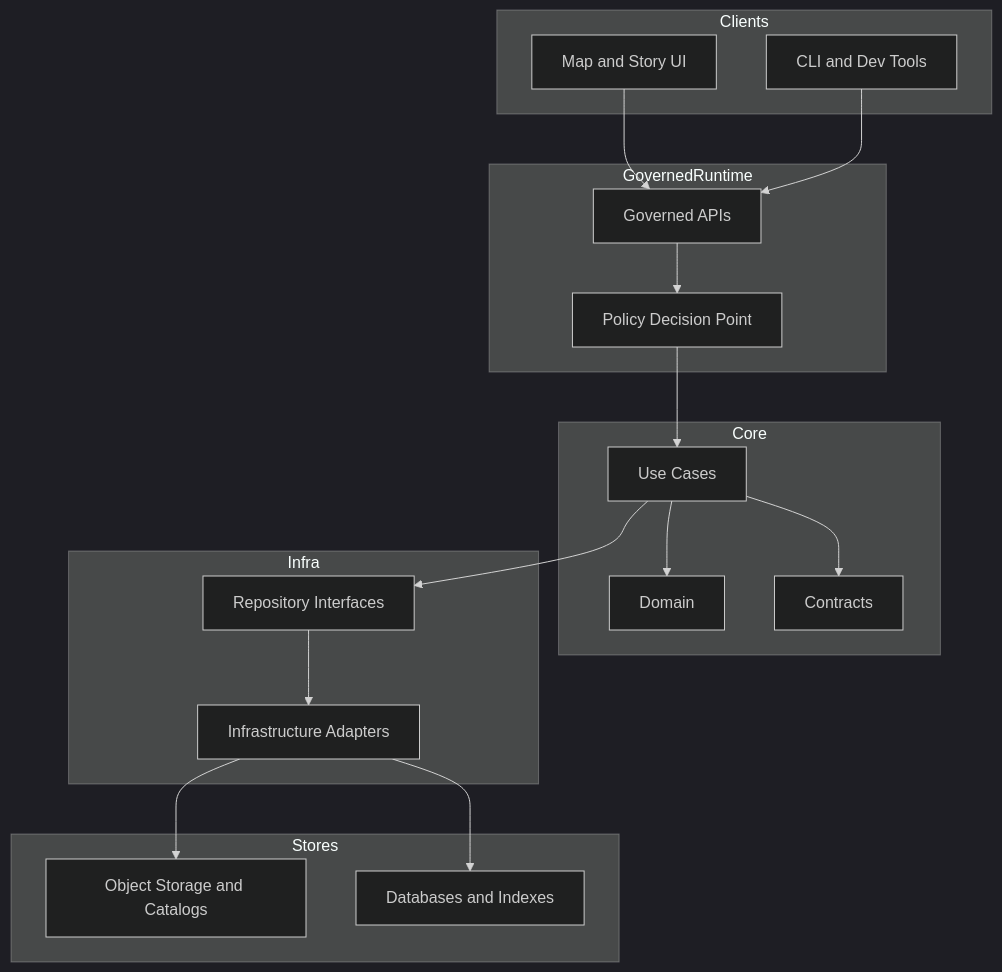
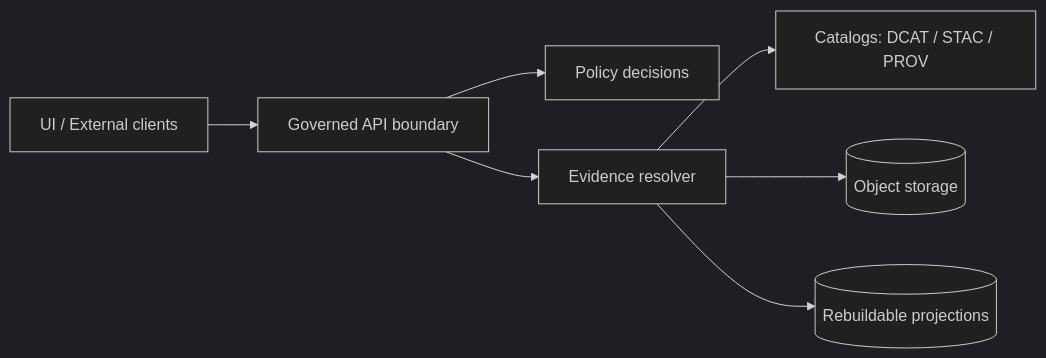
The second of 2 diagrams in packages/README.md (bartytime4life/Kansas-Frontier-Matrix), drawn with Mermaid (dark theme) before and after one commit. The commit also changed other lines of this file, not shown here.

````diff
--- a/packages/README.md
+++ b/packages/README.md
@@ -108,39 +139,9 @@
 ```mermaid
-flowchart TB
-  subgraph Clients
-    UI[Map and Story UI]
-    Tools[CLI and Dev Tools]
-  end
-
-  subgraph GovernedRuntime
-    API[Governed APIs]
-    Policy[Policy Decision Point]
-  end
-
-  subgraph Core
-    UseCases[Use Cases]
-    Domain[Domain]
-    Contracts[Contracts]
-  end
-
-  subgraph Infra
-    Repos[Repository Interfaces]
-    Adapters[Infrastructure Adapters]
-  end
-
-  subgraph Stores
-    Obj[Object Storage and Catalogs]
-    DB[Databases and Indexes]
-  end
-
-  UI --> API
-  Tools --> API
-  API --> Policy
-  Policy --> UseCases
-  UseCases --> Domain
-  UseCases --> Contracts
-  UseCases --> Repos
-  Repos --> Adapters
-  Adapters --> Obj
-  Adapters --> DB
+graph LR
+  UI[UI / External clients] --> API[Governed API boundary]
+  API --> Policy[Policy decisions]
+  API --> Evidence[Evidence resolver]
+  Evidence --> Catalogs[Catalogs: DCAT / STAC / PROV]
+  Evidence --> Storage[(Object storage)]
+  Evidence --> Indexes[(Rebuildable projections)]
 ```
````
